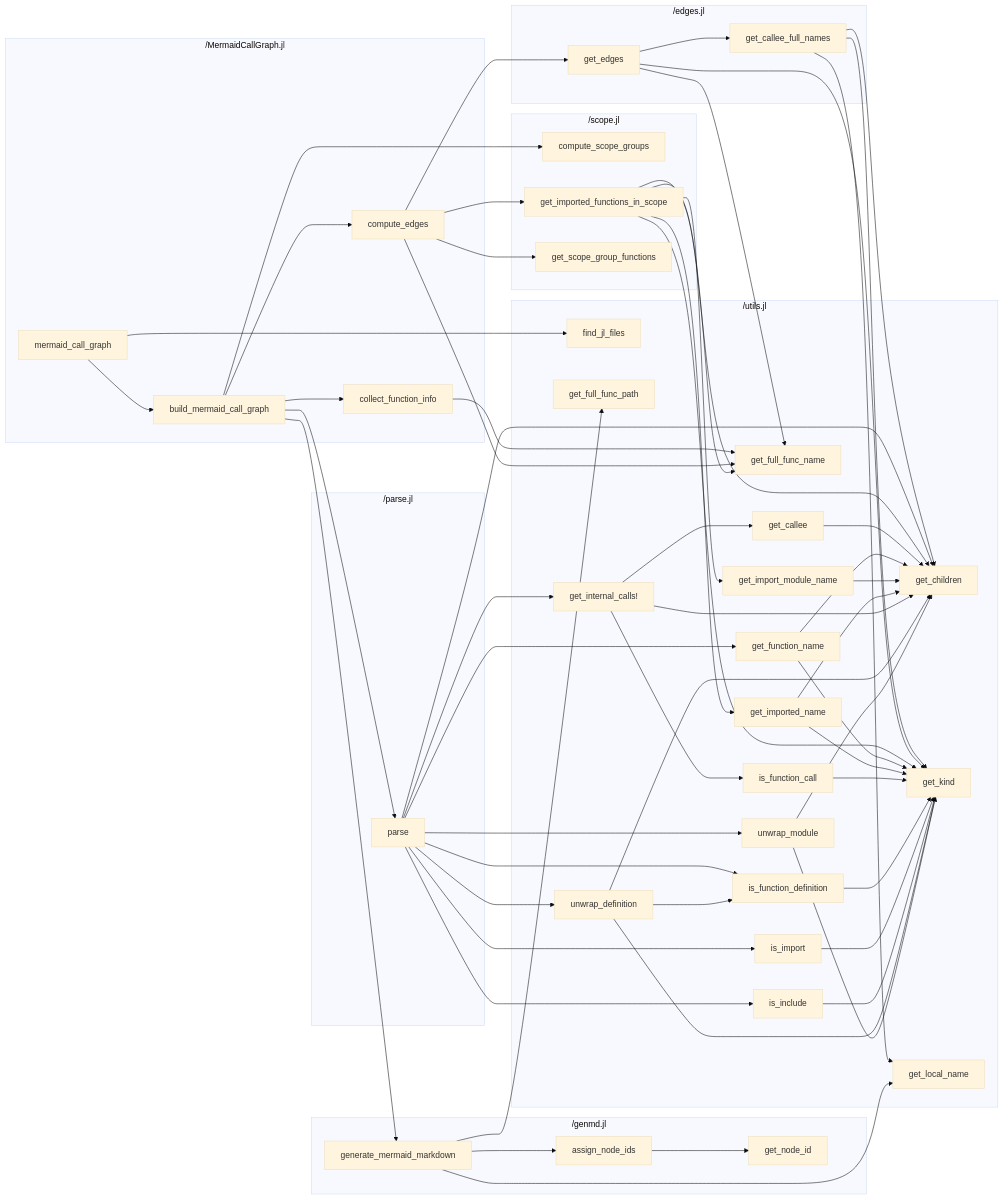
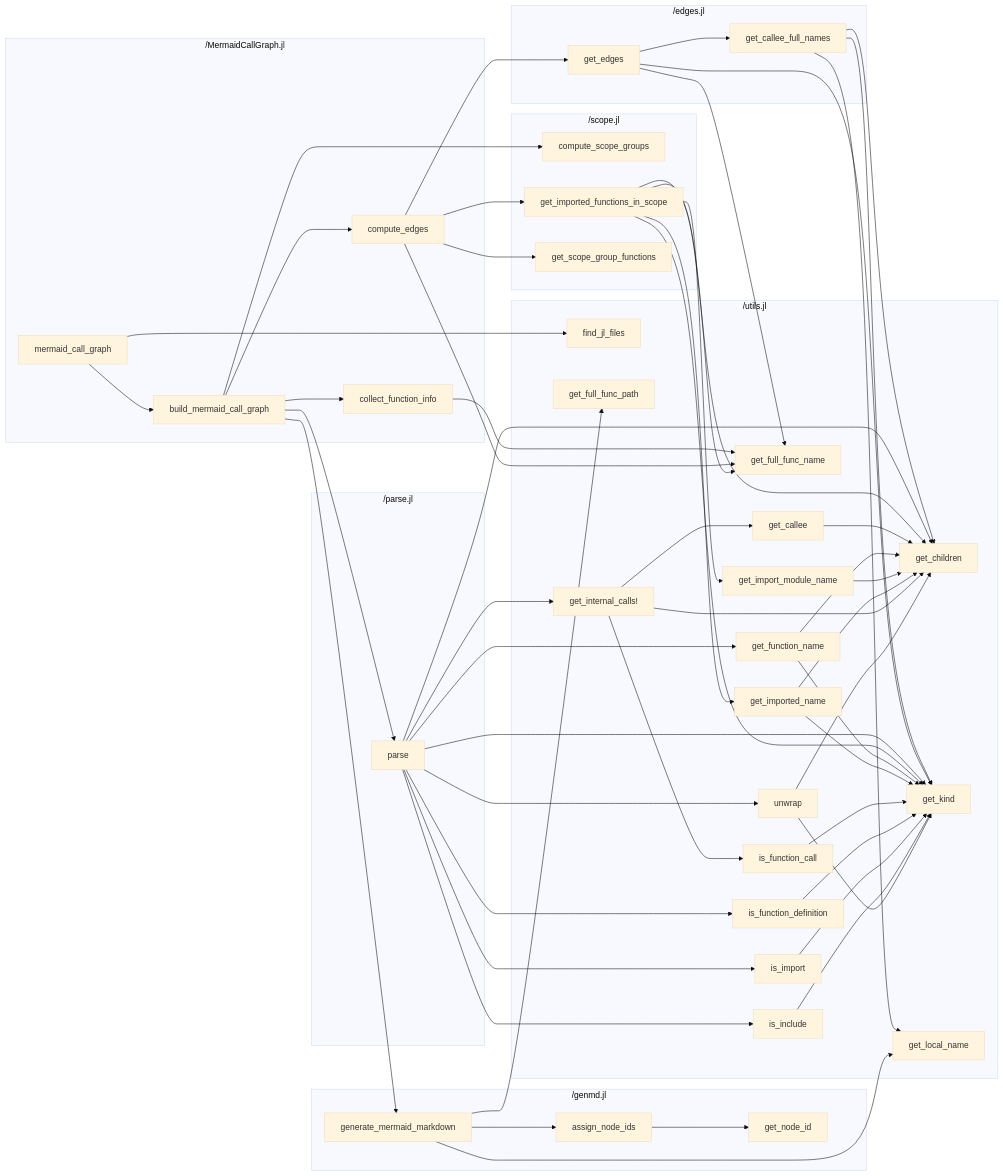
Before and after one commit to t-garin/MermaidCallGraph.jl: the diagram in README.md, drawn with Mermaid (base theme). The commit also changed other lines of this file and 3 other files, not shown here.

Commit message:
unwrap_definition and unwrap_module -> unwrap(node, target)

````diff
--- a/README.md
+++ b/README.md
@@ -51,8 +51,7 @@
         _utils_jl_is_function_definition["is_function_definition"]
         _utils_jl_is_import["is_import"]
         _utils_jl_is_include["is_include"]
-        _utils_jl_unwrap_definition["unwrap_definition"]
-        _utils_jl_unwrap_module["unwrap_module"]
+        _utils_jl_unwrap["unwrap"]
     end
     _MermaidCallGraph_jl_build_mermaid_call_graph --> _MermaidCallGraph_jl_collect_function_info
     _MermaidCallGraph_jl_build_mermaid_call_graph --> _MermaidCallGraph_jl_compute_edges
@@ -79,11 +78,11 @@
     _parse_jl_parse --> _utils_jl_get_children
     _parse_jl_parse --> _utils_jl_get_function_name
     _parse_jl_parse --> _utils_jl_get_internal_calls_
+    _parse_jl_parse --> _utils_jl_get_kind
     _parse_jl_parse --> _utils_jl_is_function_definition
     _parse_jl_parse --> _utils_jl_is_import
     _parse_jl_parse --> _utils_jl_is_include
-    _parse_jl_parse --> _utils_jl_unwrap_definition
-    _parse_jl_parse --> _utils_jl_unwrap_module
+    _parse_jl_parse --> _utils_jl_unwrap
     _scope_jl_get_imported_functions_in_scope --> _utils_jl_get_children
     _scope_jl_get_imported_functions_in_scope --> _utils_jl_get_full_func_name
     _scope_jl_get_imported_functions_in_scope --> _utils_jl_get_import_module_name
@@ -102,9 +101,6 @@
     _utils_jl_is_function_definition --> _utils_jl_get_kind
     _utils_jl_is_import --> _utils_jl_get_kind
     _utils_jl_is_include --> _utils_jl_get_kind
-    _utils_jl_unwrap_definition --> _utils_jl_get_children
-    _utils_jl_unwrap_definition --> _utils_jl_get_kind
-    _utils_jl_unwrap_definition --> _utils_jl_is_function_definition
-    _utils_jl_unwrap_module --> _utils_jl_get_children
-    _utils_jl_unwrap_module --> _utils_jl_get_kind
+    _utils_jl_unwrap --> _utils_jl_get_children
+    _utils_jl_unwrap --> _utils_jl_get_kind
 ```
````
